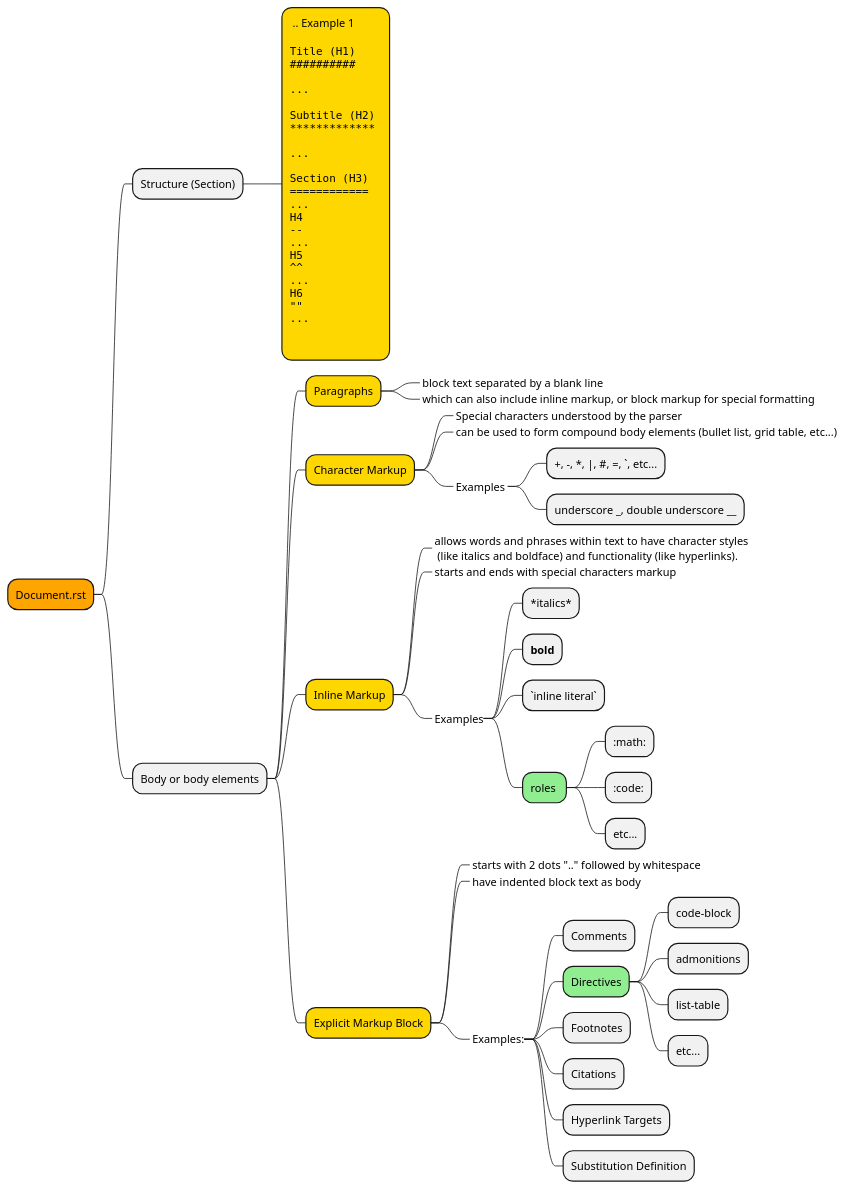
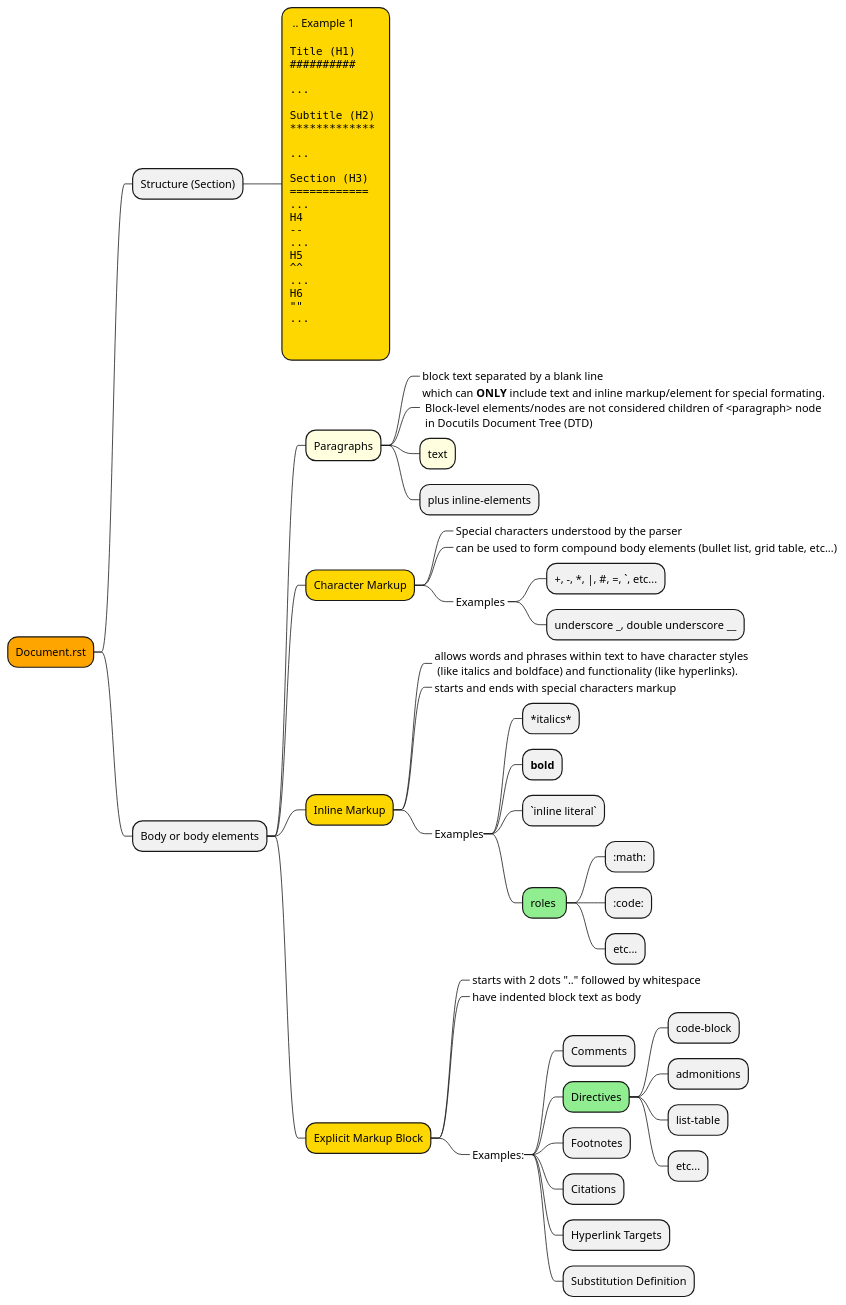
The diagram in source/ToolsAndTech/TechnicalDocumentation/_images/src/rstMindmap.puml (richMetellus/Wiki_PythonSphinxTopicTemplate), drawn with PlantUML before and after one commit. The commit also changed 1 other file, not shown here.

```diff
--- a/source/ToolsAndTech/TechnicalDocumentation/_images/src/rstMindmap.puml
+++ b/source/ToolsAndTech/TechnicalDocumentation/_images/src/rstMindmap.puml
@@ -2,86 +2,88 @@
 @startmindmap
 <style>
 mindmapDiagram {
     :depth(2) {
       BackGroundColor gold
     }
 }
 </style>
 
 *[#Orange] Document.rst
 ** Structure (Section)
 ***: .. Example 1
 
 <code>
 Title (H1)
 ##########
 
 ...
 
 Subtitle (H2) 
 *************
 
 ...
 
 Section (H3)
 ============
 ...
 H4
 --
 ...
 H5 
 ^^
 ...
 H6
 ""
 ...
 
 </code>
 ;
 
 ** Body or body elements
-
-*** Paragraphs
+***[#lightyellow] Paragraphs
 ****_ block text separated by a blank line
-****_ which can also include inline markup, or block markup for \
-special formatting
+****_ which can **ONLY** include text and inline markup/element for special formating. \n \
+Block-level elements/nodes are not considered children of <paragraph> node \n \
+in Docutils Document Tree (DTD)
+****[#lightyellow] text
+**** plus inline-elements
 
 *** Character Markup
 ****_ Special characters understood by the parser
 ****_ can be used to form compound body elements \
 (bullet list, grid table, etc...)
 ****_ Examples 
 ***** +, -, *, |, #, =, `, etc...
 ***** underscore _, double underscore __
 
 *** Inline Markup
 ****_ allows words and phrases within text to have character styles \n \
 (like italics and boldface) and functionality (like hyperlinks).
 ****_ starts and ends with special characters markup
 ****_ Examples
 ***** *italics*
 ***** **bold**
 ***** `inline literal`
 *****[#lightgreen] roles 
 ****** :math:
 ****** :code:
 ****** etc...
 
 
 *** Explicit Markup Block
 ****_ starts with 2 dots ".." followed by whitespace
 ****_ have indented block text as body
 ****_ Examples:
 ***** Comments
 *****[#lightgreen] Directives
 ****** code-block
 ****** admonitions
 ****** list-table
 ****** etc...
 ***** Footnotes
 ***** Citations
 ***** Hyperlink Targets
 ***** Substitution Definition
 
 
 @endmindmap
```
